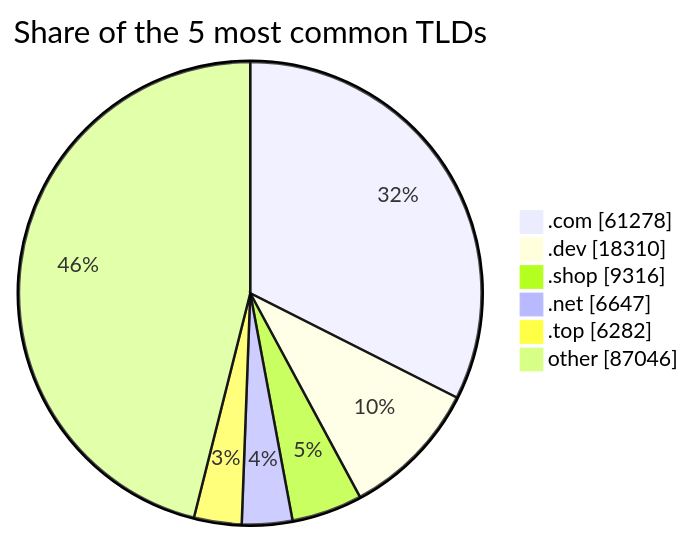
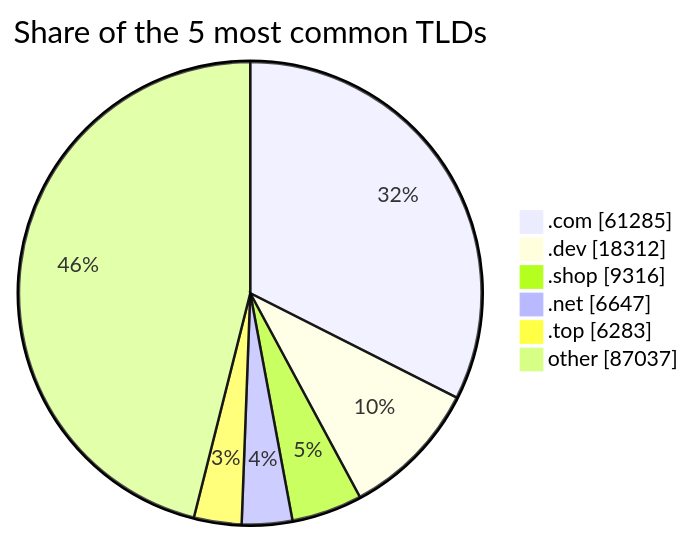
The third of 3 diagrams in README.md (DNSBunker/CTI), drawn with Mermaid before and after one commit. The commit also changed other lines of this file and 3 other files, not shown here.

````diff
--- a/README.md
+++ b/README.md
@@ -81,9 +81,9 @@
 ```mermaid
 pie showData title Share of the 5 most common TLDs
-    ".com" : 61278
-    ".dev" : 18310
+    ".com" : 61285
+    ".dev" : 18312
     ".shop" : 9316
     ".net" : 6647
-    ".top" : 6282
-    "other" : 87046
+    ".top" : 6283
+    "other" : 87037
 ```
````
